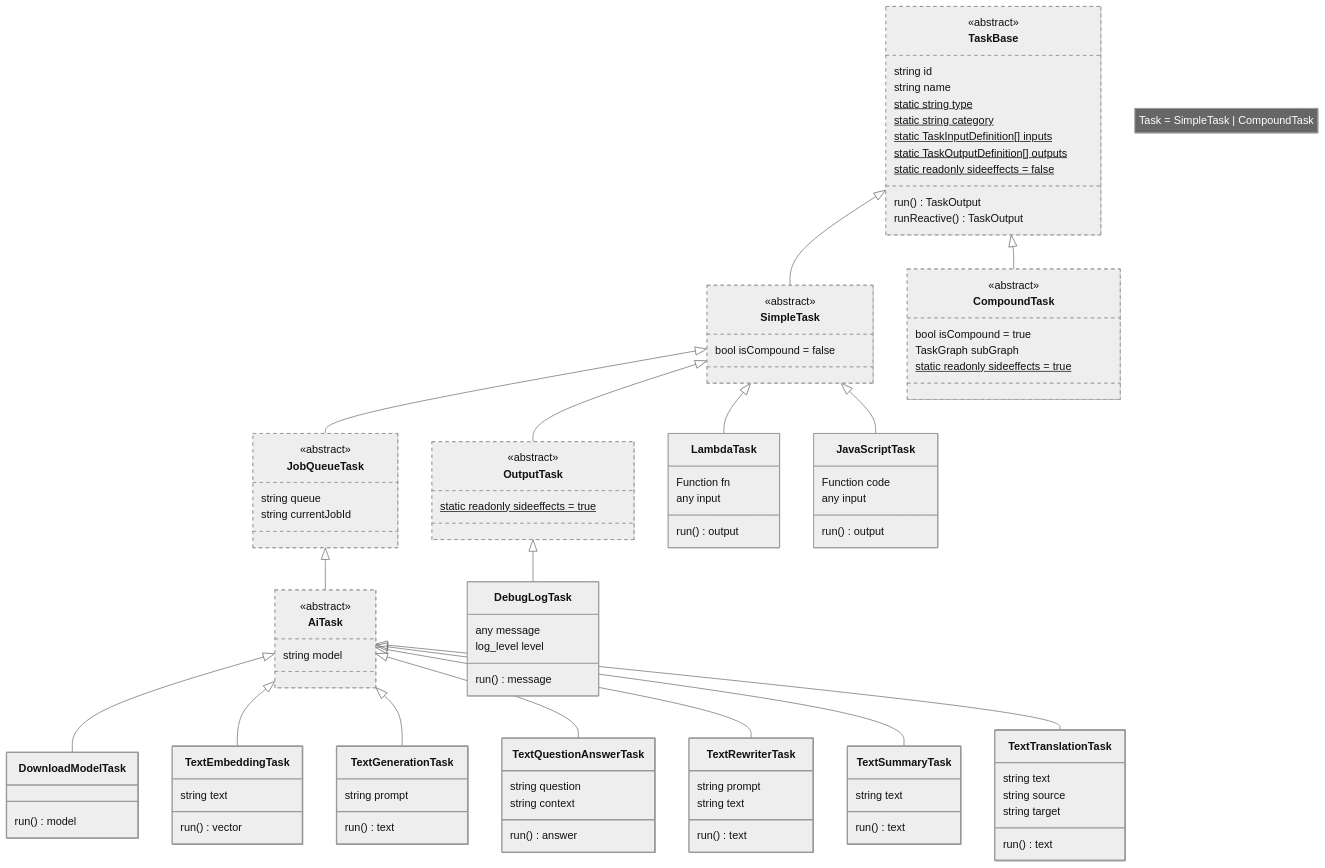
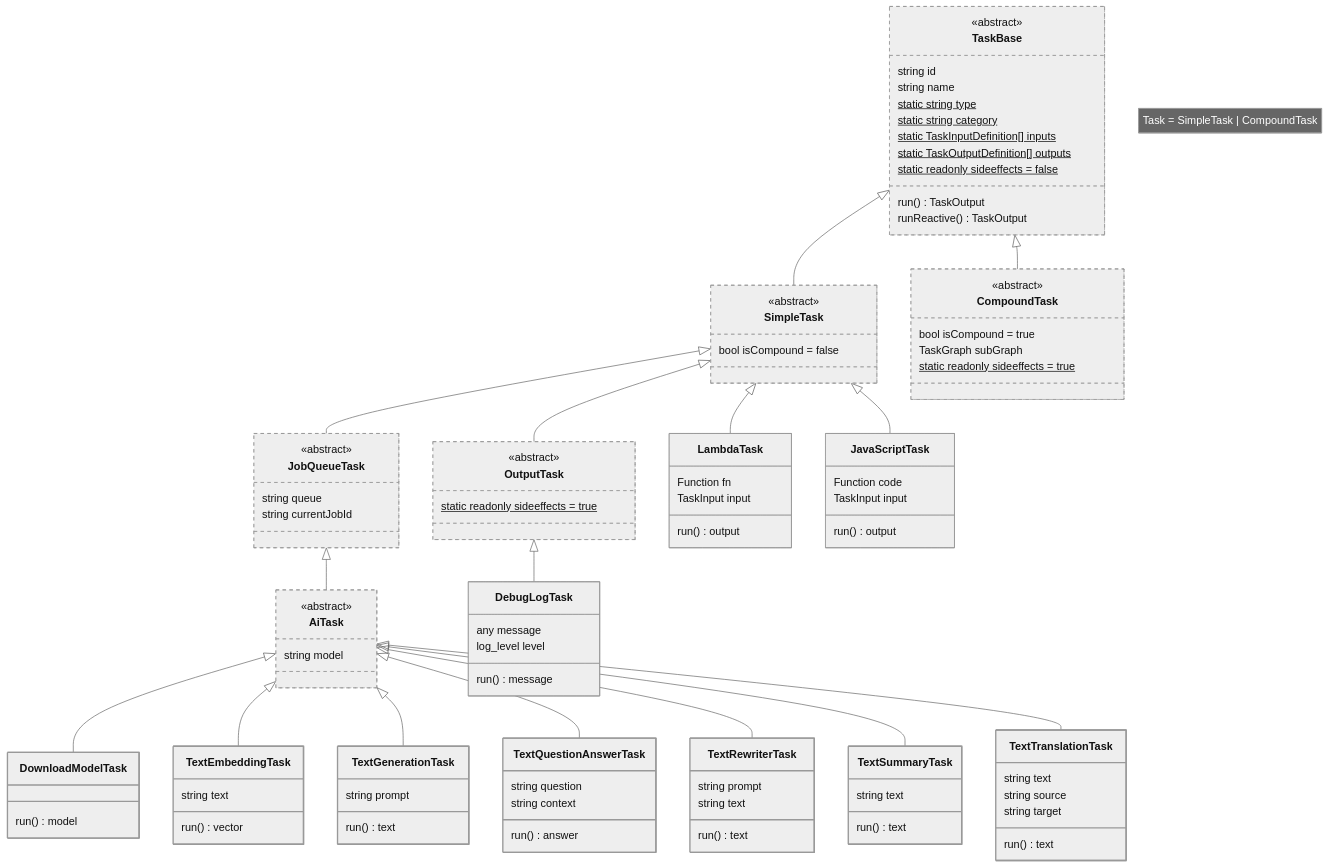
Before and after one commit to PodleyAI/podley: the second of 5 diagrams in docs/developers/02_architecture.md, drawn with Mermaid (neutral theme). The commit also changed 1 other file, not shown here.

Commit message:
docs: Update architecture and extending docs with TaskInput type annotations

```diff
--- a/docs/developers/02_architecture.md
+++ b/docs/developers/02_architecture.md
@@ -230,7 +230,7 @@
 
   class LambdaTask{
     Function fn
-    any input
+    TaskInput input
     run() output
   }
   SimpleTask <|-- LambdaTask
@@ -238,7 +238,7 @@
 
   class JavaScriptTask{
     Function code
-    any input
+    TaskInput input
     run() output
   }
   SimpleTask <|-- JavaScriptTask
```
